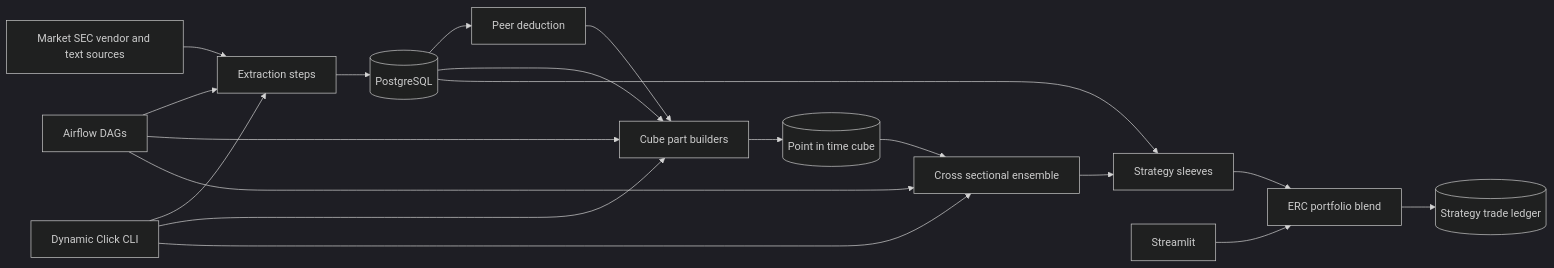
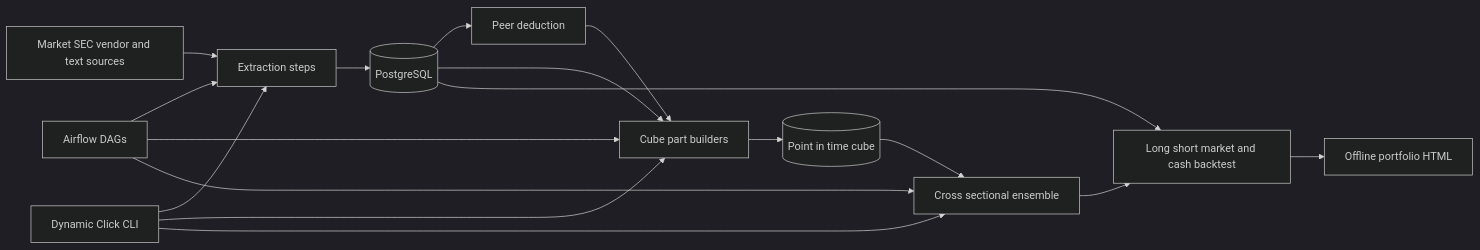
The diagram in wiki/OVERVIEW.md (alexandredelarrard/PEA), drawn with Mermaid (dark theme) before and after one commit. The commit also changed other lines of this file and 23 other files, not shown here.

Commit message:
Document standalone portfolio workflow and remove stale strategy references

```diff
--- a/wiki/OVERVIEW.md
+++ b/wiki/OVERVIEW.md
@@ -21,21 +21,19 @@
 ~~~mermaid
 flowchart LR
   Sources[Market SEC vendor and text sources] --> Extract[Extraction steps]
   Extract --> Store[(PostgreSQL)]
   Store --> Peers[Peer deduction]
   Store --> Parts[Cube part builders]
   Peers --> Parts
   Parts --> Cube[(Point in time cube)]
   Cube --> Models[Cross sectional ensemble]
-  Models --> Sleeves[Strategy sleeves]
-  Store --> Sleeves
-  Sleeves --> Portfolio[ERC portfolio blend]
-  Portfolio --> Ledger[(Strategy trade ledger)]
+  Models --> Portfolio[Long short market and cash backtest]
+  Store --> Portfolio
+  Portfolio --> Report[Offline portfolio HTML]
   Airflow[Airflow DAGs] --> Extract
   Airflow --> Parts
   Airflow --> Models
   CLI[Dynamic Click CLI] --> Extract
   CLI --> Parts
   CLI --> Models
-  App[Streamlit] --> Portfolio
 ~~~
```
